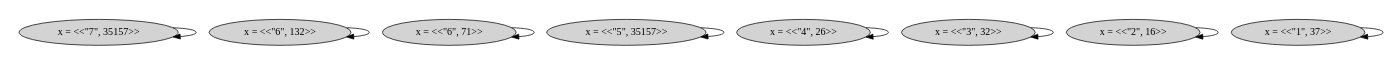
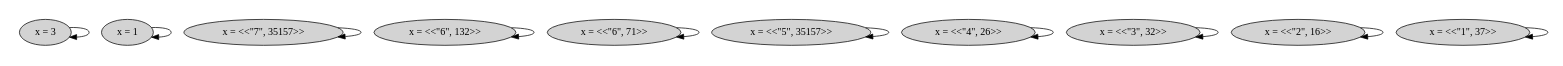
One commit to will62794/tla-web changed the diagram in specs/with_state_graphs/simple_lambda.tla.dot. Above: the diagram before and after it, drawn with Graphviz. The commit also changed 3 other files, not shown here.

```diff
--- a/specs/with_state_graphs/simple_lambda.tla.dot
+++ b/specs/with_state_graphs/simple_lambda.tla.dot
@@ -1,23 +1,27 @@
 strict digraph DiskGraph {
 nodesep=0.35;
 subgraph cluster_graph {
 color="white";
 -8714631190595358265 [label="x = <<\"1\", 37>>",style = filled]
 4791116311436766832 [label="x = <<\"2\", 16>>",style = filled]
 -4988819755933655245 [label="x = <<\"3\", 32>>",style = filled]
 3507760491754526711 [label="x = <<\"4\", 26>>",style = filled]
 4156836481956588091 [label="x = <<\"5\", 35157>>",style = filled]
 7981769454953609343 [label="x = <<\"6\", 71>>",style = filled]
 408375458138110957 [label="x = <<\"6\", 132>>",style = filled]
 3527994426191400532 [label="x = <<\"7\", 35157>>",style = filled]
+-6230161439325923452 [label="x = 1",style = filled]
+7158667421841284535 [label="x = 3",style = filled]
 -8714631190595358265 -> -8714631190595358265 [label="",color="black",fontcolor="black"];
 4791116311436766832 -> 4791116311436766832 [label="",color="black",fontcolor="black"];
 -4988819755933655245 -> -4988819755933655245 [label="",color="black",fontcolor="black"];
 3507760491754526711 -> 3507760491754526711 [label="",color="black",fontcolor="black"];
 4156836481956588091 -> 4156836481956588091 [label="",color="black",fontcolor="black"];
 7981769454953609343 -> 7981769454953609343 [label="",color="black",fontcolor="black"];
 408375458138110957 -> 408375458138110957 [label="",color="black",fontcolor="black"];
 3527994426191400532 -> 3527994426191400532 [label="",color="black",fontcolor="black"];
-{rank = same; 3507760491754526711;4156836481956588091;-8714631190595358265;-4988819755933655245;408375458138110957;7981769454953609343;3527994426191400532;4791116311436766832;}
+-6230161439325923452 -> -6230161439325923452 [label="",color="black",fontcolor="black"];
+7158667421841284535 -> 7158667421841284535 [label="",color="black",fontcolor="black"];
+{rank = same; 3507760491754526711;4156836481956588091;-8714631190595358265;-6230161439325923452;-4988819755933655245;408375458138110957;7158667421841284535;7981769454953609343;3527994426191400532;4791116311436766832;}
 }
 }
```
